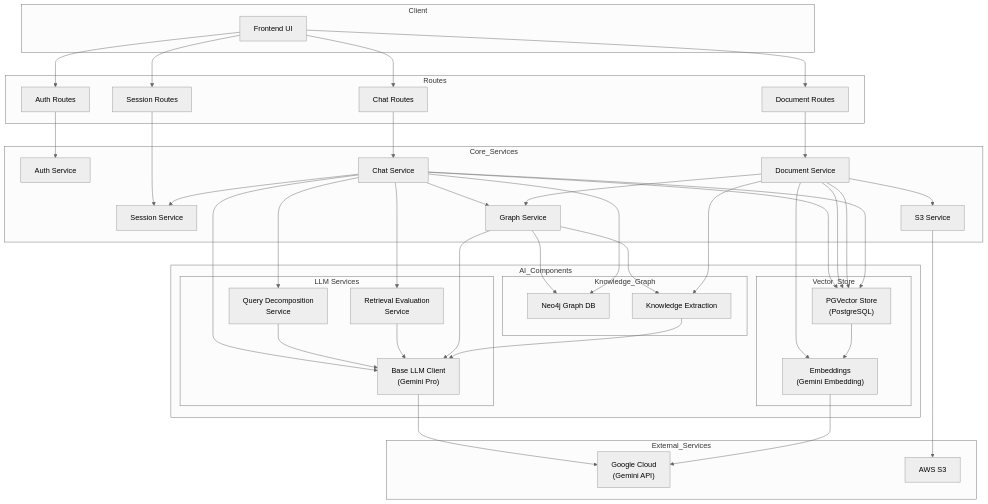
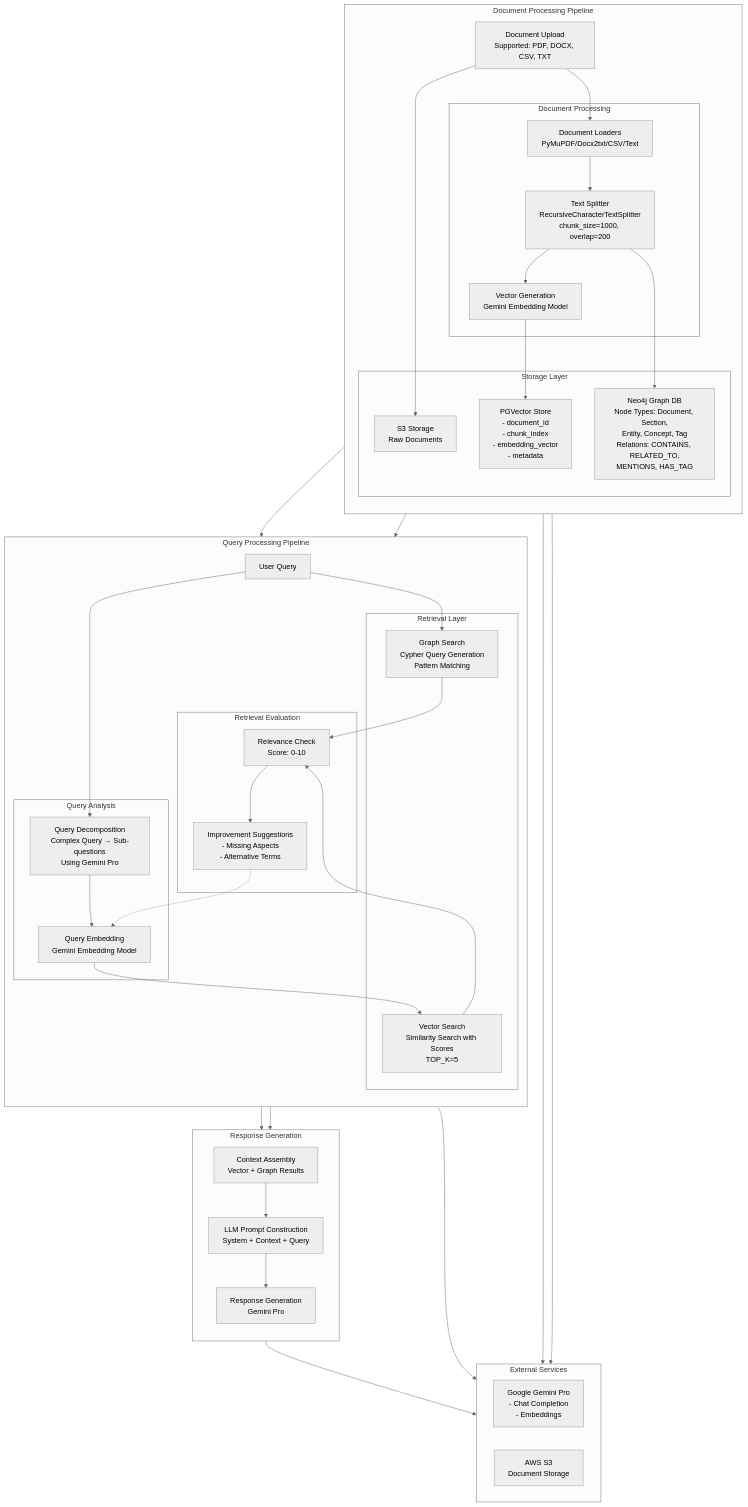
One commit to capybara-brain346/knowflow changed the diagram in docs/FLOWCHART.md. Above: the diagram before and after it, drawn with Mermaid (neutral theme). The commit also changed other lines of this file, not shown here.

````diff
--- a/docs/FLOWCHART.md
+++ b/docs/FLOWCHART.md
@@ -82,90 +181,87 @@
 ```mermaid
 flowchart TB
-    subgraph Client
-        UI["Frontend UI"]
+    %% Document Processing Pipeline
+    subgraph Document_Processing["Document Processing Pipeline"]
+        direction TB
+        Upload["Document Upload<br/>Supported: PDF, DOCX, CSV, TXT"]
+
+        subgraph Processing["Document Processing"]
+            Loader["Document Loaders<br/>PyMuPDF/Docx2txt/CSV/Text"]
+            Splitter["Text Splitter<br/>RecursiveCharacterTextSplitter<br/>chunk_size=1000, overlap=200"]
+            VectorGen["Vector Generation<br/>Gemini Embedding Model"]
+        end
+
+        subgraph Storage["Storage Layer"]
+            S3Store["S3 Storage<br/>Raw Documents"]
+            PGVector["PGVector Store<br/>- document_id<br/>- chunk_index<br/>- embedding_vector<br/>- metadata"]
+            Neo4j["Neo4j Graph DB<br/>Node Types: Document, Section,<br/>Entity, Concept, Tag<br/>Relations: CONTAINS, RELATED_TO,<br/>MENTIONS, HAS_TAG"]
+        end
+
+        Upload --> Loader
+        Loader --> Splitter
+        Splitter --> VectorGen
+        VectorGen --> PGVector
+        Upload --> S3Store
+        Splitter --> Neo4j
     end
 
-    subgraph Routes
-        AR["Auth Routes"]
-        CR["Chat Routes"]
-        DR["Document Routes"]
-        SR["Session Routes"]
+    %% Query Processing Pipeline
+    subgraph Query_Processing["Query Processing Pipeline"]
+        direction TB
+        Query["User Query"]
+
+        subgraph Query_Analysis["Query Analysis"]
+            QDecomp["Query Decomposition<br/>Complex Query → Sub-questions<br/>Using Gemini Pro"]
+            QEmbed["Query Embedding<br/>Gemini Embedding Model"]
+        end
+
+        subgraph Retrieval["Retrieval Layer"]
+            VecSearch["Vector Search<br/>Similarity Search with Scores<br/>TOP_K=5"]
+            GraphSearch["Graph Search<br/>Cypher Query Generation<br/>Pattern Matching"]
+        end
+
+        subgraph Evaluation["Retrieval Evaluation"]
+            RelCheck["Relevance Check<br/>Score: 0-10"]
+            ImproveSuggestions["Improvement Suggestions<br/>- Missing Aspects<br/>- Alternative Terms"]
+        end
+
+        Query --> QDecomp
+        QDecomp --> QEmbed
+        QEmbed --> VecSearch
+        Query --> GraphSearch
+        VecSearch --> RelCheck
+        GraphSearch --> RelCheck
+        RelCheck --> ImproveSuggestions
+        ImproveSuggestions -.-> QEmbed
     end
 
-    subgraph Core_Services
-        AS["Auth Service"]
-        CS["Chat Service"]
-        DS["Document Service"]
-        SS["Session Service"]
-        GS["Graph Service"]
-        S3["S3 Service"]
+    %% Response Generation
+    subgraph Response_Gen["Response Generation"]
+        direction TB
+        Context["Context Assembly<br/>Vector + Graph Results"]
+        LLMPrompt["LLM Prompt Construction<br/>System + Context + Query"]
+        Response["Response Generation<br/>Gemini Pro"]
+
+        Context --> LLMPrompt
+        LLMPrompt --> Response
     end
 
-    subgraph AI_Components
-        subgraph LLM["LLM Services"]
-            BC["Base LLM Client<br/>(Gemini Pro)"]
-            QD["Query Decomposition<br/>Service"]
-            RE["Retrieval Evaluation<br/>Service"]
-        end
+    %% Data Connections
+    PGVector --> VecSearch
+    Neo4j --> GraphSearch
+    VecSearch --> Context
+    GraphSearch --> Context
 
-        subgraph Vector_Store
-            PV["PGVector Store<br/>(PostgreSQL)"]
-            EM["Embeddings<br/>(Gemini Embedding)"]
-        end
-
-        subgraph Knowledge_Graph
-            Neo["Neo4j Graph DB"]
-            KE["Knowledge Extraction"]
-        end
+    %% External Services
+    subgraph External["External Services"]
+        direction LR
+        Gemini["Google Gemini Pro<br/>- Chat Completion<br/>- Embeddings"]
+        AWS["AWS S3<br/>Document Storage"]
     end
 
-    subgraph External_Services
-        GCP["Google Cloud<br/>(Gemini API)"]
-        AWS["AWS S3"]
-    end
-
-    %% Client to Routes
-    UI --> AR
-    UI --> CR
-    UI --> DR
-    UI --> SR
-
-    %% Routes to Services
-    AR --> AS
-    CR --> CS
-    DR --> DS
-    SR --> SS
-
-    %% Core Service Dependencies
-    CS --> BC
-    CS --> QD
-    CS --> RE
-    CS --> PV
-    CS --> GS
-    CS --> SS
-
-    DS --> S3
-    DS --> PV
-    DS --> GS
-    DS --> EM
-
-    %% AI Component Interactions
-    BC --> GCP
-    QD --> BC
-    RE --> BC
-    EM --> GCP
-    GS --> Neo
-    GS --> BC
-    GS --> KE
-    KE --> BC
-
-    %% Storage Connections
-    S3 --> AWS
-    PV --> EM
-
-    %% Data Flow
-    DS --> PV
-    DS --> KE
-    CS --> PV
-    CS --> Neo
+    %% Service Connections
+    VectorGen --> Gemini
+    QEmbed --> Gemini
+    Response --> Gemini
+    S3Store --> AWS
 ```
````
